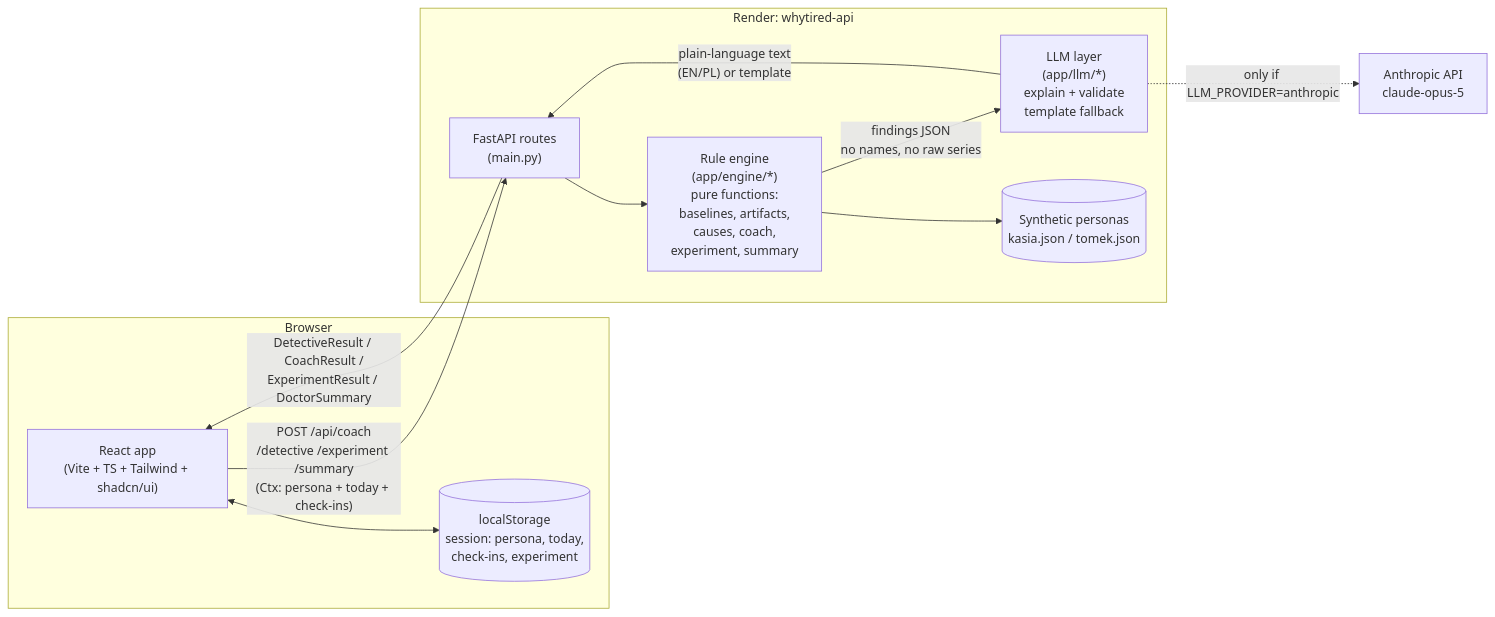
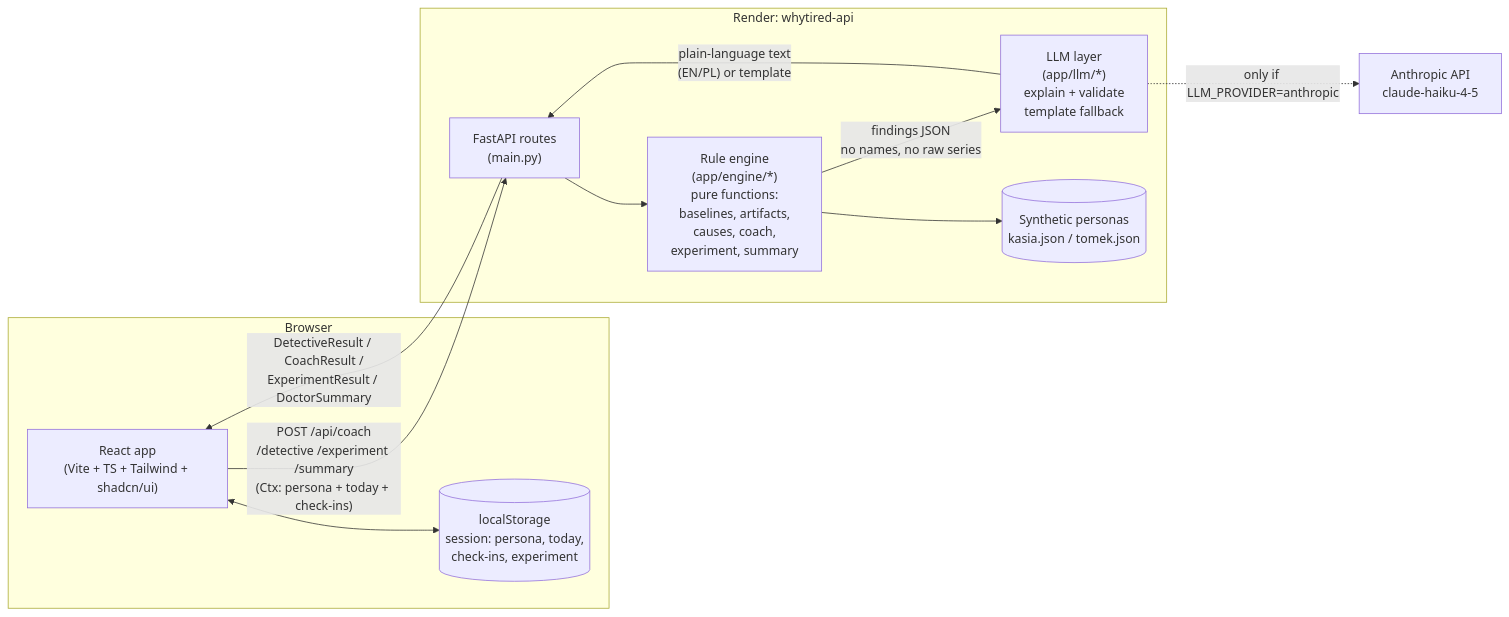
The diagram in README.md (borAn77/WhyTired), drawn with Mermaid before and after one commit. The commit also changed other lines of this file, not shown here.

````diff
--- a/README.md
+++ b/README.md
@@ -21,25 +23,25 @@
 ```mermaid
 flowchart LR
     subgraph Browser
         UI["React app\n(Vite + TS + Tailwind + shadcn/ui)"]
         LS[(localStorage\nsession: persona, today,\ncheck-ins, experiment)]
         UI <--> LS
     end
 
     UI -- "POST /api/coach\n/detective /experiment /summary\n(Ctx: persona + today + check-ins)" --> API
 
     subgraph Render: whytired-api
         API["FastAPI routes\n(main.py)"]
         ENGINE["Rule engine\n(app/engine/*)\npure functions:\nbaselines, artifacts,\ncauses, coach,\nexperiment, summary"]
         LLM["LLM layer\n(app/llm/*)\nexplain + validate\ntemplate fallback"]
         DATA[("Synthetic personas\nkasia.json / tomek.json")]
         API --> ENGINE
         ENGINE -- findings JSON\nno names, no raw series --> LLM
         ENGINE --> DATA
     end
 
     LLM -- "plain-language text\n(EN/PL) or template" --> API
     API -- "DetectiveResult / CoachResult /\nExperimentResult / DoctorSummary" --> UI
 
-    LLM -.->|only if LLM_PROVIDER=anthropic| ANTHROPIC["Anthropic API\nclaude-opus-5"]
+    LLM -.->|only if LLM_PROVIDER=anthropic| ANTHROPIC["Anthropic API\nclaude-haiku-4-5"]
 ```
````
